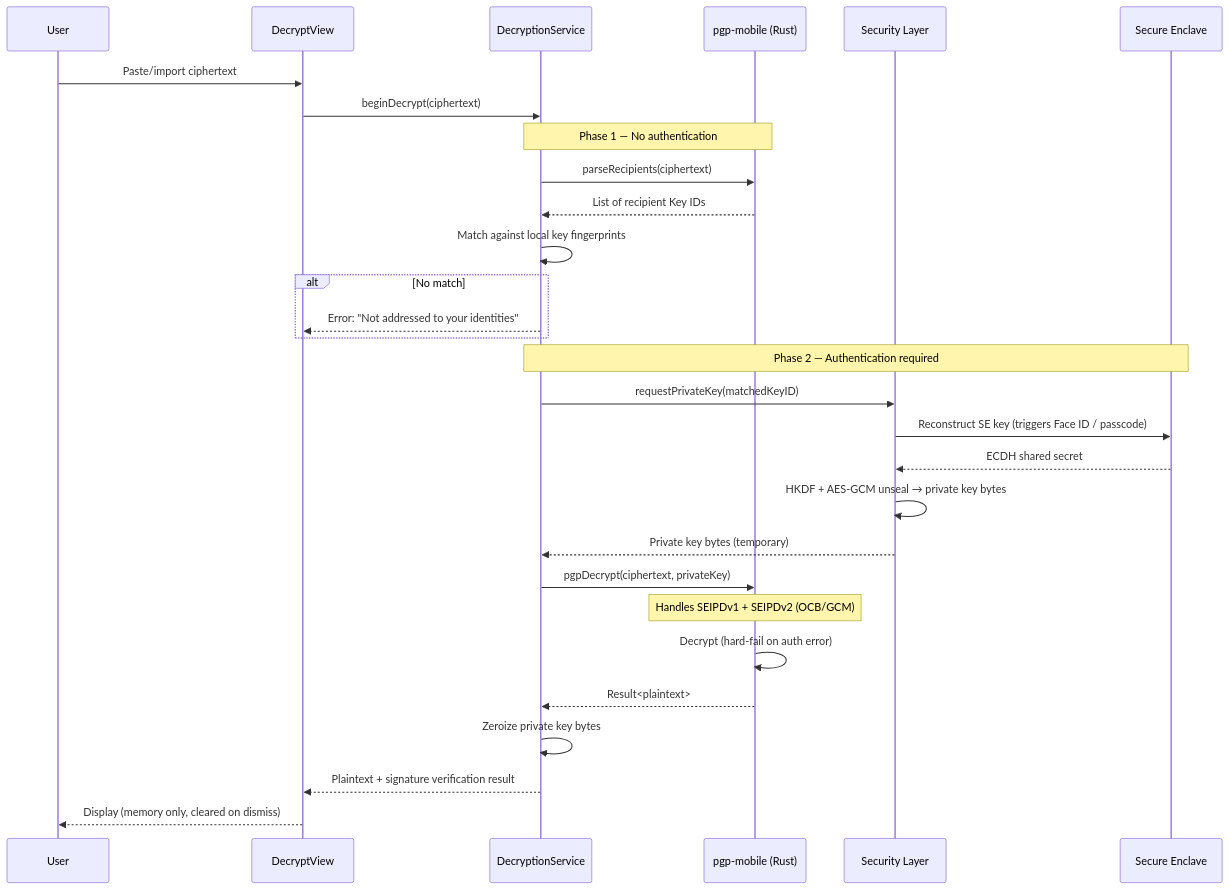
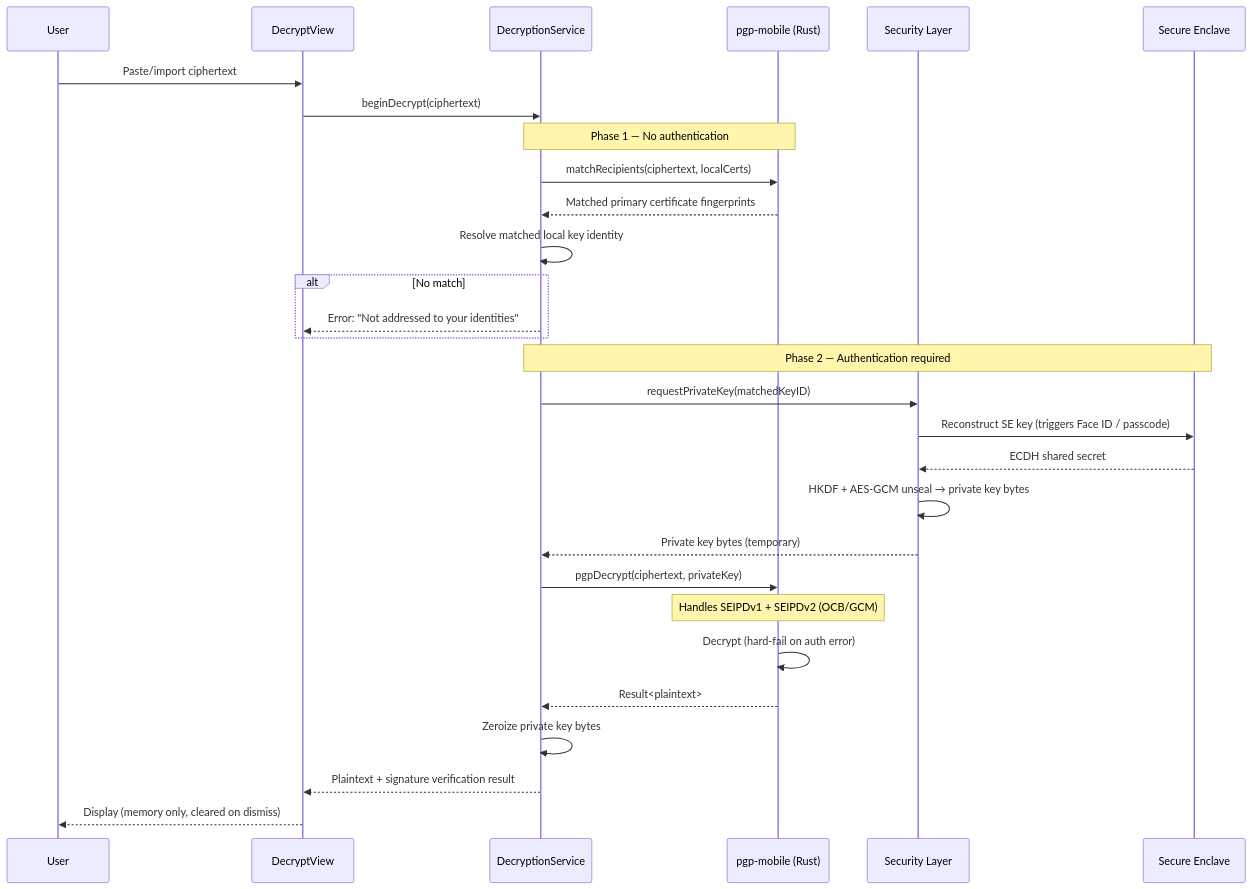
Before and after one commit to cypherair/cypherair: the third of 6 diagrams in docs/ARCHITECTURE.md, drawn with Mermaid. The commit also changed other lines of this file and 20 other files, not shown here.

````diff
--- a/docs/ARCHITECTURE.md
+++ b/docs/ARCHITECTURE.md
@@ -155,34 +160,34 @@
 ```mermaid
 sequenceDiagram
     participant U as User
     participant V as DecryptView
     participant DS as DecryptionService
     participant PGP as pgp-mobile (Rust)
     participant SEC as Security Layer
     participant SE as Secure Enclave
 
     U->>V: Paste/import ciphertext
     V->>DS: beginDecrypt(ciphertext)
 
     Note over DS,PGP: Phase 1 — No authentication
-    DS->>PGP: parseRecipients(ciphertext)
-    PGP-->>DS: List of recipient Key IDs
-    DS->>DS: Match against local key fingerprints
+    DS->>PGP: matchRecipients(ciphertext, localCerts)
+    PGP-->>DS: Matched primary certificate fingerprints
+    DS->>DS: Resolve matched local key identity
     alt No match
         DS-->>V: Error: "Not addressed to your identities"
     end
 
     Note over DS,SE: Phase 2 — Authentication required
     DS->>SEC: requestPrivateKey(matchedKeyID)
     SEC->>SE: Reconstruct SE key (triggers Face ID / passcode)
     SE-->>SEC: ECDH shared secret
     SEC->>SEC: HKDF + AES-GCM unseal → private key bytes
     SEC-->>DS: Private key bytes (temporary)
     DS->>PGP: pgpDecrypt(ciphertext, privateKey)
     Note over PGP: Handles SEIPDv1 + SEIPDv2 (OCB/GCM)
     PGP->>PGP: Decrypt (hard-fail on auth error)
     PGP-->>DS: Result<plaintext>
     DS->>DS: Zeroize private key bytes
     DS-->>V: Plaintext + signature verification result
     V-->>U: Display (memory only, cleared on dismiss)
 ```
````
